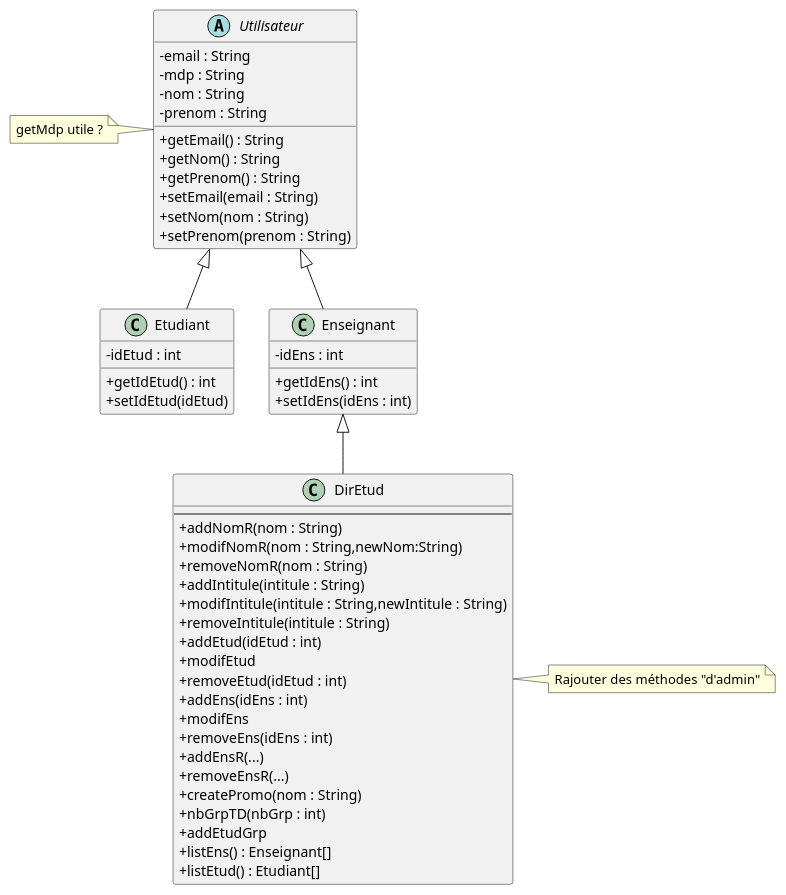
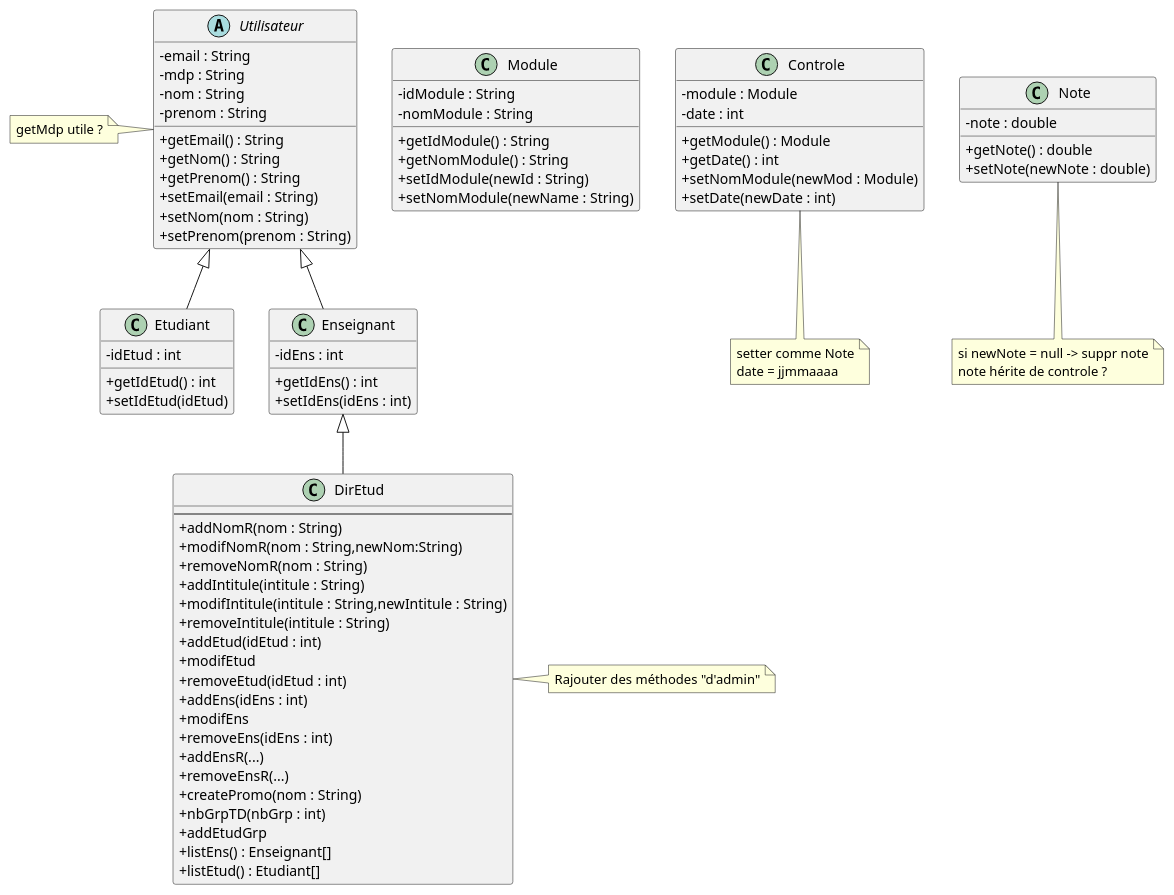
The diagram in diag_classe.md (Lohasta/Kallax), drawn with PlantUML before and after one commit.

Commit message:
ajout de trucs

```diff
--- a/diag_classe.md
+++ b/diag_classe.md
@@ -54,6 +54,37 @@
 Rajouter des méthodes "d'admin"
 }
 
++class Module{
+- idModule : String
+- nomModule : String
++ getIdModule() : String
++ getNomModule() : String
++ setIdModule(newId : String)
++ setNomModule(newName : String)
+}
+
++class Controle{
+- module : Module
+- date : int
++ getModule() : Module 
++ getDate() : int
++ setNomModule(newMod : Module)
++ setDate(newDate : int)
+}
+note bottom of Controle{
+setter comme Note
+date = jjmmaaaa
+}
++class Note{
+- note : double
++ getNote() : double
++ setNote(newNote : double)
+}
+note bottom of Note{
+si newNote = null -> suppr note
+note hérite de controle ?
+}
+
 Utilisateur <|-- Etudiant
 Utilisateur <|-- Enseignant
 Enseignant <|-- DirEtud
```
